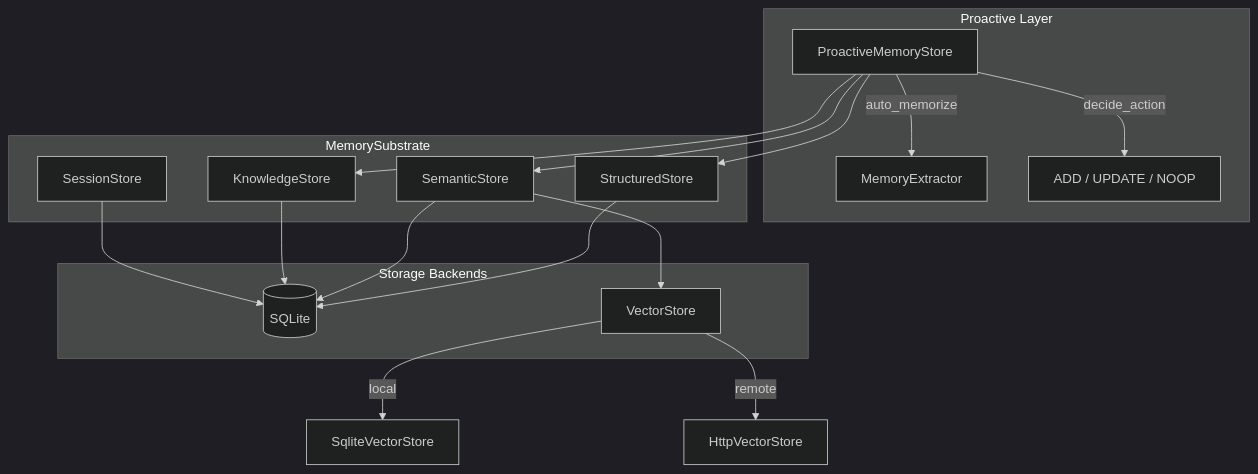
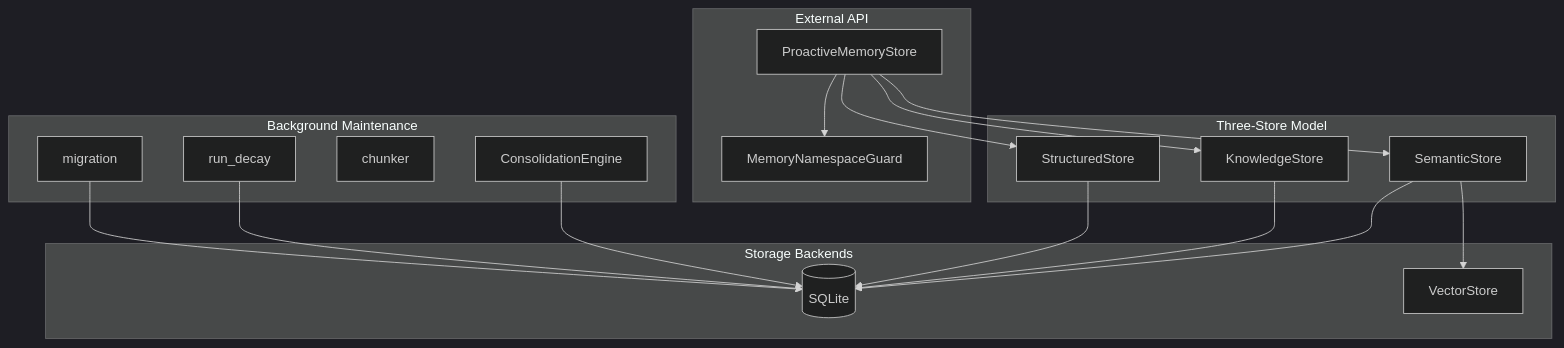
Before and after one commit to leszek3737/librefang-WIki: the diagram in memory-system.md, drawn with Mermaid (dark theme). The commit also changed other lines of this file and 100 other files, not shown here.

````diff
--- a/memory-system.md
+++ b/memory-system.md
@@ -19,32 +9,37 @@
 ```mermaid
 graph TD
-    subgraph "Proactive Layer"
+    subgraph "External API"
         PM[ProactiveMemoryStore]
-        PM -->|auto_memorize| EXT[MemoryExtractor]
-        PM -->|decide_action| DEC[ADD / UPDATE / NOOP]
+        NSG[MemoryNamespaceGuard]
     end
 
-    subgraph "MemorySubstrate"
-        SS[StructuredStore]
-        SEM[SemanticStore]
+    subgraph "Three-Store Model"
+        SS[SemanticStore]
         KS[KnowledgeStore]
-        SES[SessionStore]
+        ST[StructuredStore]
     end
 
     subgraph "Storage Backends"
-        DB[(SQLite)]
-        VS[VectorStore]
+        SQLITE[(SQLite)]
+        VEC[VectorStore]
+    end
+
+    subgraph "Background Maintenance"
+        CONS[ConsolidationEngine]
+        DECAY[run_decay]
+        CHUNK[chunker]
+        MIG[migration]
     end
 
     PM --> SS
-    PM --> SEM
     PM --> KS
-    SEM --> VS
-    SS --> DB
-    SEM --> DB
-    KS --> DB
-    SES --> DB
-
-    VS -->|local| SQLITE_VEC[SqliteVectorStore]
-    VS -->|remote| HTTP_VEC[HttpVectorStore]
+    PM --> ST
+    PM --> NSG
+    SS --> SQLITE
+    SS --> VEC
+    KS --> SQLITE
+    ST --> SQLITE
+    CONS --> SQLITE
+    DECAY --> SQLITE
+    MIG --> SQLITE
 ```
````
